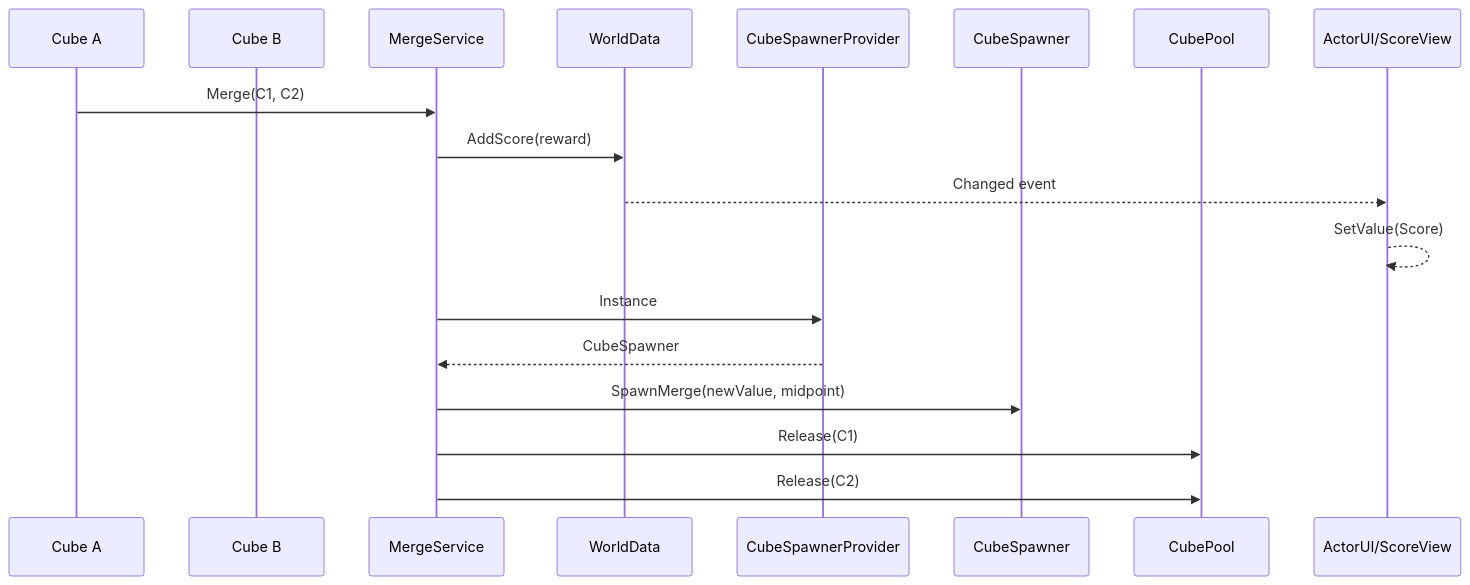
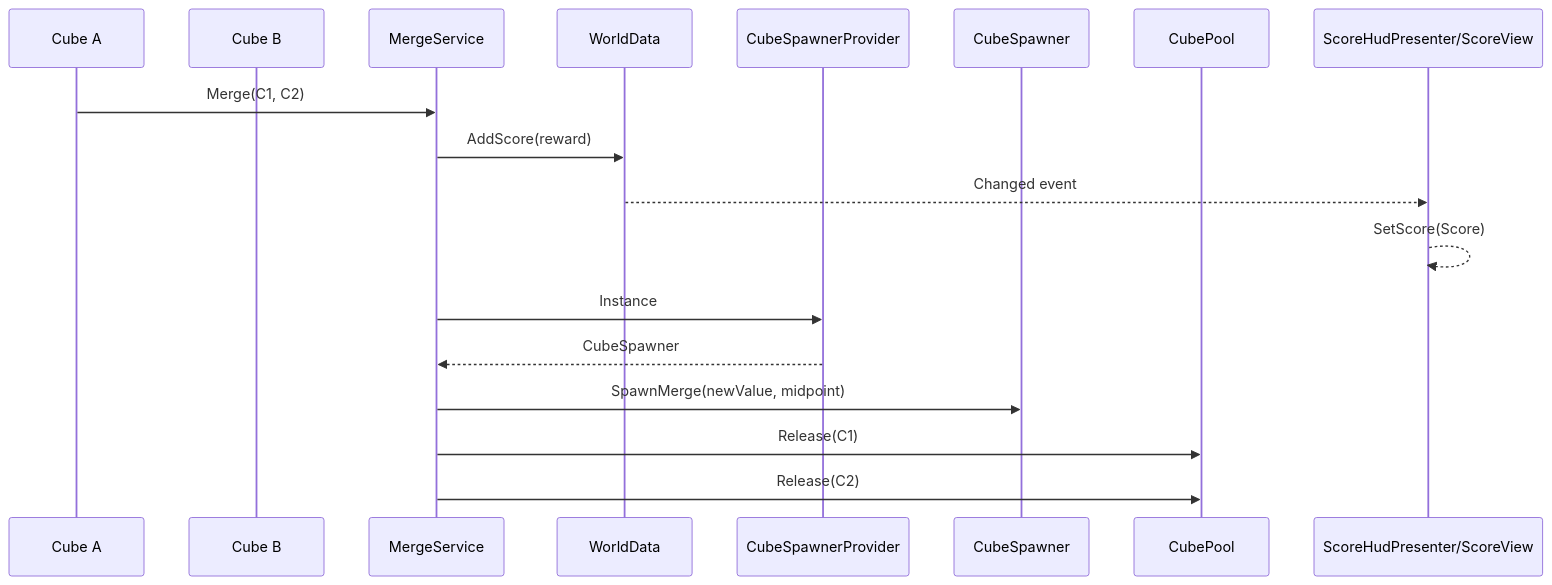
Before and after one commit to Olsney/2048: the fourth of 6 diagrams in src/2048/ARCHITECTURE.md, drawn with Mermaid. The commit also changed other lines of this file and 45 other files, not shown here.

````diff
--- a/src/2048/ARCHITECTURE.md
+++ b/src/2048/ARCHITECTURE.md
@@ -464,23 +464,23 @@
 ```mermaid
 sequenceDiagram
     participant C1 as Cube A
     participant C2 as Cube B
     participant MS as MergeService
     participant WD as WorldData
     participant CSP as CubeSpawnerProvider
     participant CS as CubeSpawner
     participant CP as CubePool
-    participant UI as ActorUI/ScoreView
+    participant UI as ScoreHudPresenter/ScoreView
 
     C1->>MS: Merge(C1, C2)
     MS->>WD: AddScore(reward)
     WD-->>UI: Changed event
-    UI-->>UI: SetValue(Score)
+    UI-->>UI: SetScore(Score)
 
     MS->>CSP: Instance
     CSP-->>MS: CubeSpawner
     MS->>CS: SpawnMerge(newValue, midpoint)
 
     MS->>CP: Release(C1)
     MS->>CP: Release(C2)
 ```
````
